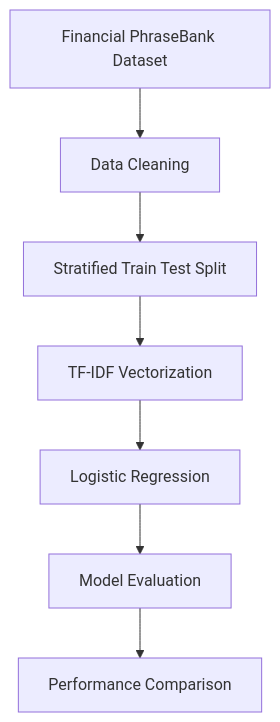
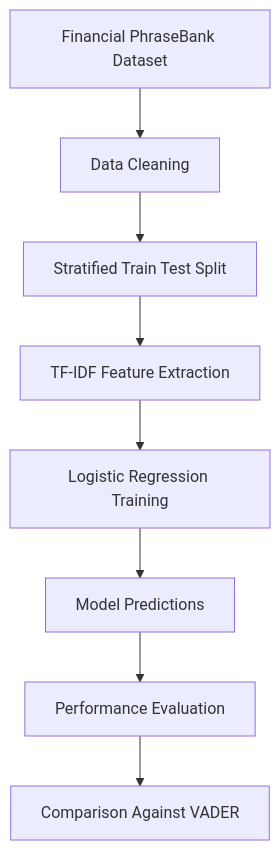
Before and after one commit to oraln21/SentimentIQ: the third of 3 diagrams in README.md, drawn with Mermaid. The commit also changed other lines of this file and 1 other file, not shown here.

````diff
--- a/README.md
+++ b/README.md
@@ -302,9 +241,10 @@
 ```mermaid
 flowchart TD
     A[Financial PhraseBank Dataset] --> B[Data Cleaning]
     B --> C[Stratified Train Test Split]
-    C --> D[TF-IDF Vectorization]
-    D --> E[Logistic Regression]
-    E --> F[Model Evaluation]
-    F --> G[Performance Comparison]
+    C --> D[TF-IDF Feature Extraction]
+    D --> E[Logistic Regression Training]
+    E --> F[Model Predictions]
+    F --> G[Performance Evaluation]
+    G --> H[Comparison Against VADER]
 ```
````
